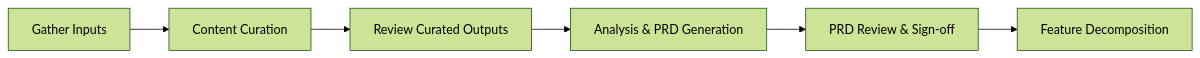
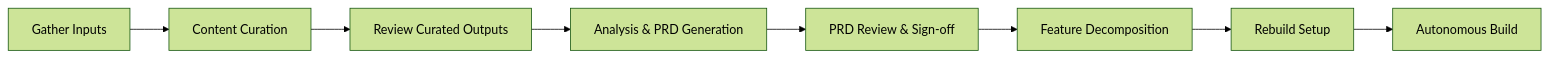
The diagram in index.md (DEFRA/defra-ai-modernisation-playbook), drawn with Mermaid (forest theme) before and after one commit. The commit also changed other lines of this file and 8 other files, not shown here.

Commit message:
docs: add rebuild and autonomous build phases

````diff
--- a/index.md
+++ b/index.md
@@ -11,8 +11,10 @@
 ```mermaid
 flowchart LR
     A["Gather Inputs"] --> B["Content Curation"]
     B --> C["Review Curated Outputs"]
     C --> D["Analysis & PRD Generation"]
     D --> E["PRD Review & Sign-off"]
     E --> F["Feature Decomposition"]
+    F --> G["Rebuild Setup"]
+    G --> H["Autonomous Build"]
 ```
````
